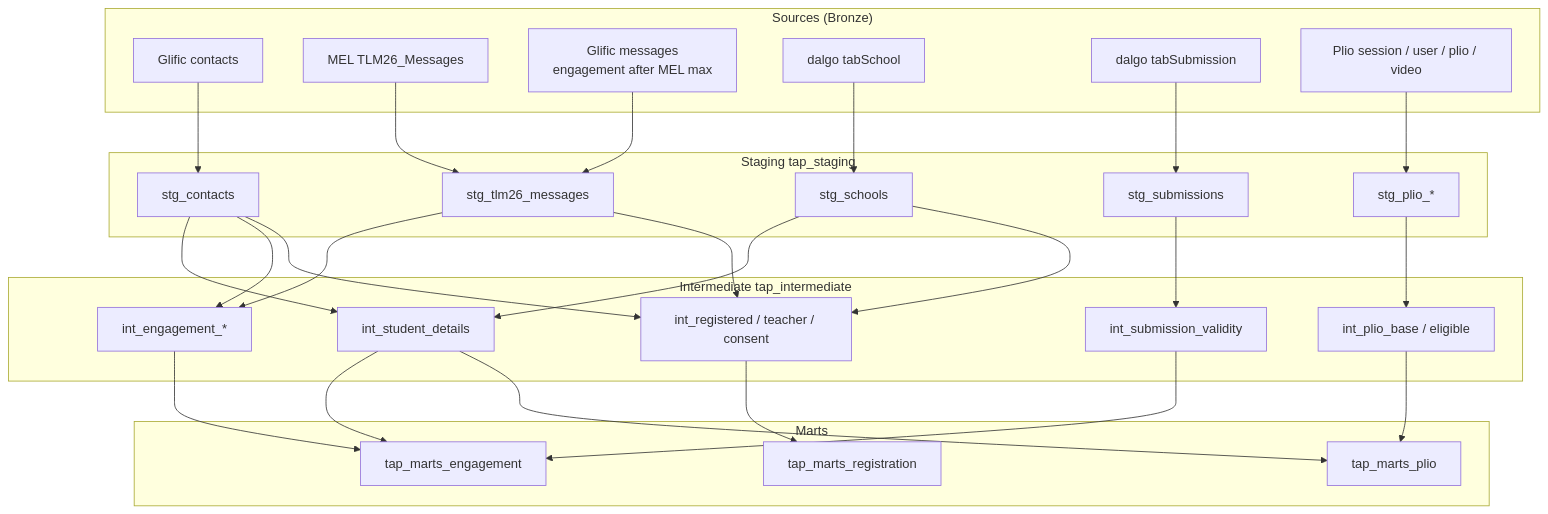
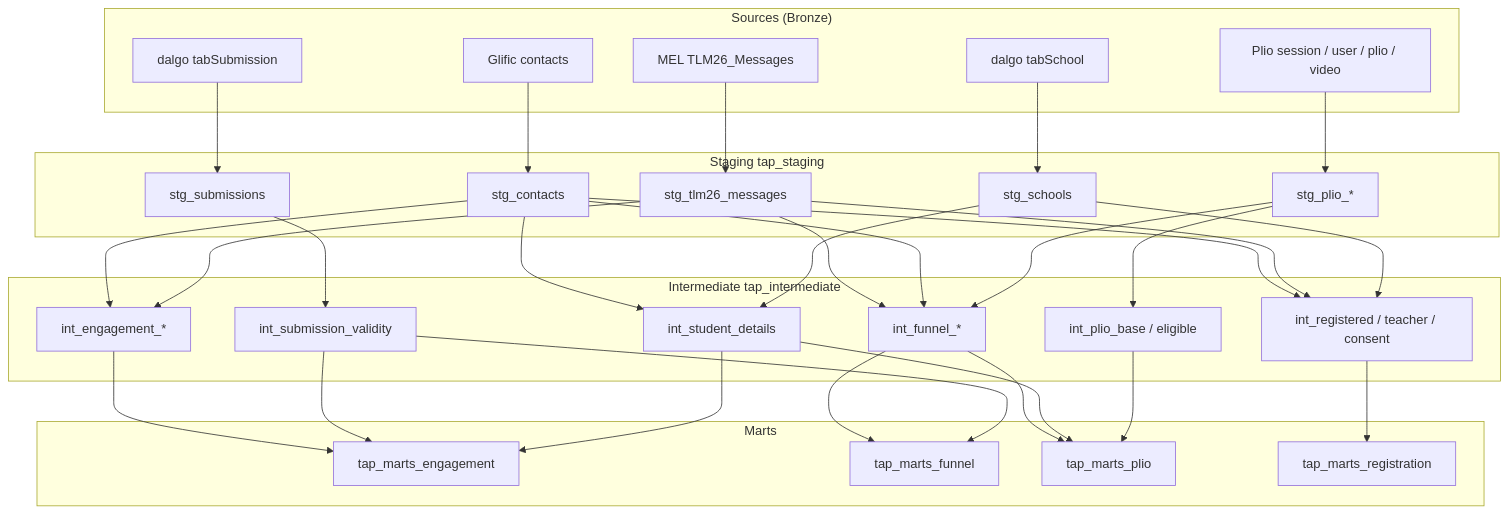
One commit to vishal-patil-tap/tap-analytics changed the first of 3 diagrams in README.md. Above: the diagram before and after it, drawn with Mermaid. The commit also changed other lines of this file, not shown here.

Commit message:
Funnel Update

````diff
--- a/README.md
+++ b/README.md
@@ -7,57 +7,63 @@
 ```mermaid
 flowchart TB
   subgraph SRC["Sources (Bronze)"]
     C["Glific contacts"]
     MEL["MEL TLM26_Messages"]
-    GLF["Glific messages<br/>engagement after MEL max"]
     SCH["dalgo tabSchool"]
     SUB["dalgo tabSubmission"]
     PLIO["Plio session / user / plio / video"]
   end
 
   subgraph STG["Staging tap_staging"]
     stg_c[stg_contacts]
     stg_m[stg_tlm26_messages]
     stg_s[stg_schools]
     stg_sub[stg_submissions]
     stg_p[stg_plio_*]
   end
 
   subgraph INT["Intermediate tap_intermediate"]
     int_stu[int_student_details]
     int_eng[int_engagement_*]
+    int_fun[int_funnel_*]
     int_val[int_submission_validity]
     int_plio[int_plio_base / eligible]
     int_reg[int_registered / teacher / consent]
   end
 
   subgraph GOLD["Marts"]
     eng[tap_marts_engagement]
+    fun[tap_marts_funnel]
     plio[tap_marts_plio]
     reg[tap_marts_registration]
   end
 
   C --> stg_c
   MEL --> stg_m
-  GLF --> stg_m
   SCH --> stg_s
   SUB --> stg_sub
   PLIO --> stg_p
 
   stg_c --> int_stu
   stg_c --> int_eng
   stg_m --> int_eng
+  stg_m --> int_fun
+  stg_c --> int_fun
+  stg_p --> int_fun
   stg_sub --> int_val
   stg_s --> int_stu
   stg_p --> int_plio
   stg_c --> int_reg
   stg_m --> int_reg
   stg_s --> int_reg
 
   int_eng --> eng
   int_val --> eng
   int_stu --> eng
+  int_fun --> fun
+  int_val --> fun
+  int_fun --> plio
   int_stu --> plio
   int_plio --> plio
   int_reg --> reg
 ```
````
